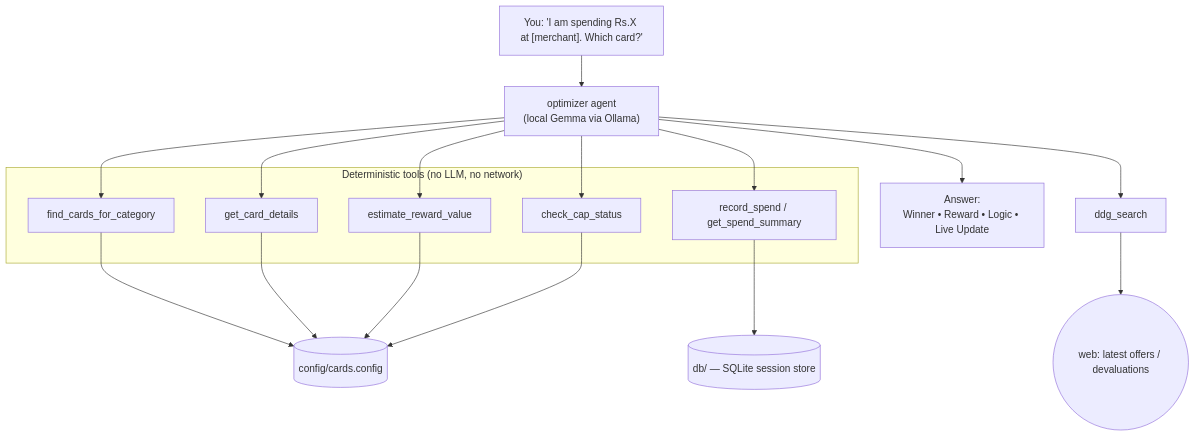
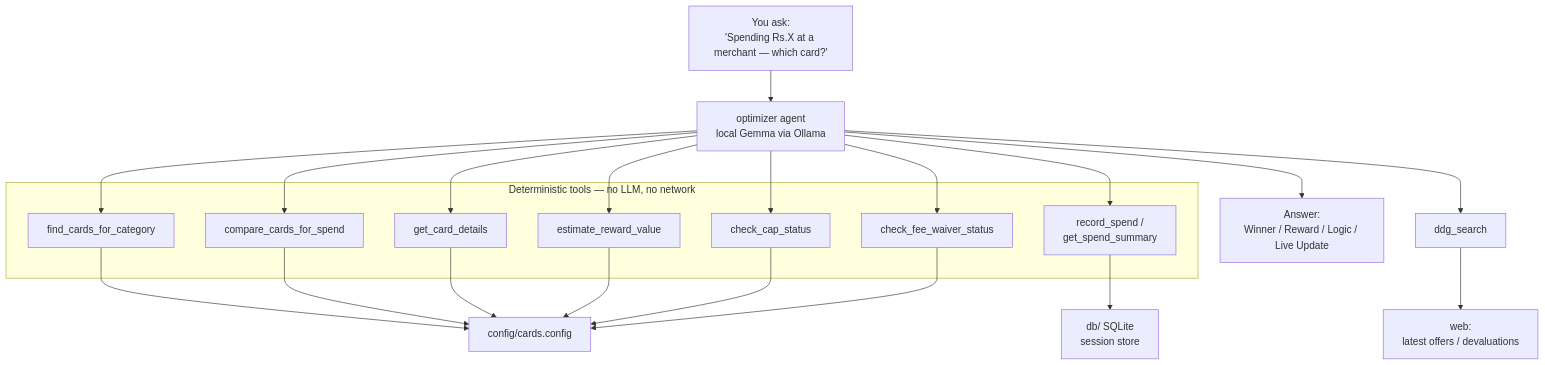
The diagram in README.md (indranildchandra/secure-credit-card-rewards-optimiser), drawn with Mermaid before and after one commit. The commit also changed other lines of this file and 14 other files, not shown here.

````diff
--- a/README.md
+++ b/README.md
@@ -66,28 +71,34 @@
 ```mermaid
 flowchart TD
-    U["You: 'I am spending Rs.X at [merchant]. Which card?'"] --> AG["optimizer agent<br/>(local Gemma via Ollama)"]
+    U["You ask:<br/>'Spending Rs.X at a merchant — which card?'"] --> AG["optimizer agent<br/>local Gemma via Ollama"]
 
-    subgraph Tools["Deterministic tools (no LLM, no network)"]
+    subgraph Tools["Deterministic tools — no LLM, no network"]
         R["find_cards_for_category"]
+        CMP["compare_cards_for_spend"]
         D["get_card_details"]
         V["estimate_reward_value"]
         C["check_cap_status"]
-        SP["record_spend / get_spend_summary"]
+        FW["check_fee_waiver_status"]
+        SP["record_spend /<br/>get_spend_summary"]
     end
 
     AG --> R
+    AG --> CMP
     AG --> D
     AG --> V
     AG --> C
+    AG --> FW
     AG --> SP
     AG --> WS["ddg_search"]
 
-    R --> CFG[("config/cards.config")]
+    R --> CFG["config/cards.config"]
+    CMP --> CFG
     D --> CFG
     V --> CFG
     C --> CFG
-    SP --> DB[("db/ — SQLite session store")]
-    WS --> NET(("web: latest offers / devaluations"))
+    FW --> CFG
+    SP --> DB["db/ SQLite<br/>session store"]
+    WS --> NET["web:<br/>latest offers / devaluations"]
 
-    AG --> ANS["Answer:<br/>Winner • Reward • Logic • Live Update"]
+    AG --> ANS["Answer:<br/>Winner / Reward / Logic / Live Update"]
 ```
````
